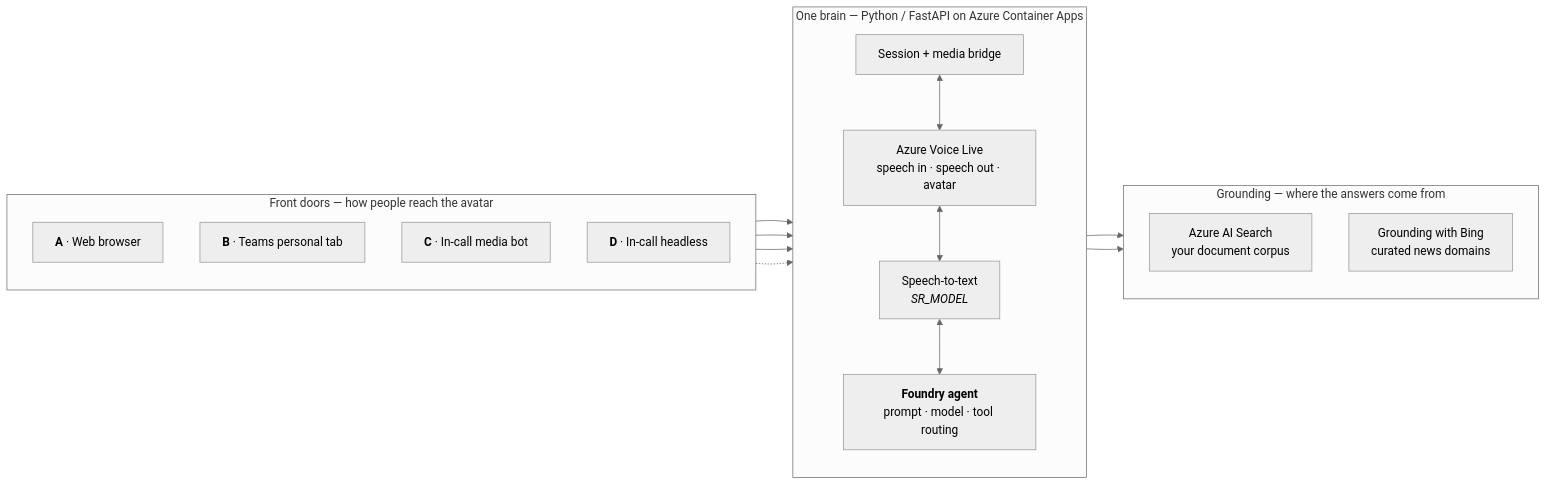
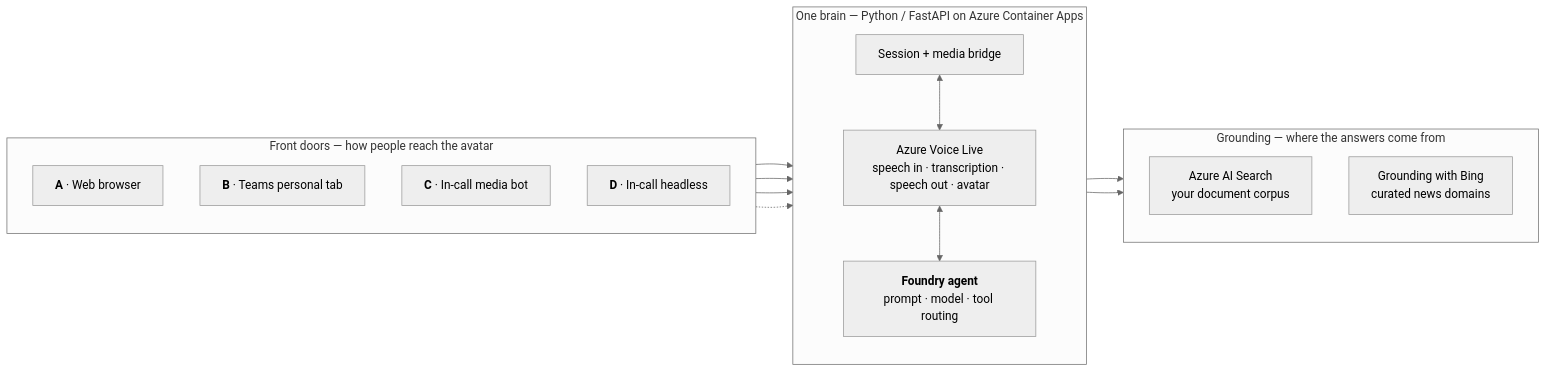
Before and after one commit to SridharArrabelly/avatar-forge: the first of 2 diagrams in README.md, drawn with Mermaid (neutral theme). The commit also changed other lines of this file and 2 other files, not shown here.

First line of the commit message:
Stop drawing speech-to-text as its own box

````diff
--- a/README.md
+++ b/README.md
@@ -32,34 +33,32 @@
 ```mermaid
 flowchart LR
     subgraph Doors["Front doors — how people reach the avatar"]
         direction TB
         A["<b>A</b> · Web browser"]
         B["<b>B</b> · Teams personal tab"]
         C["<b>C</b> · In-call media bot"]
         D["<b>D</b> · In-call headless"]
     end
 
     subgraph Brain["One brain — Python / FastAPI on Azure Container Apps"]
         direction TB
         API["Session + media bridge"]
-        VL["Azure Voice Live<br/>speech in · speech out · avatar"]
-        STT["Speech-to-text<br/><i>SR_MODEL</i>"]
+        VL["Azure Voice Live<br/>speech in · transcription · speech out · avatar"]
         AG["<b>Foundry agent</b><br/>prompt · model · tool routing"]
         API <--> VL
-        VL <--> STT
-        STT <--> AG
+        VL <--> AG
     end
 
     subgraph Ground["Grounding — where the answers come from"]
         direction TB
         S["Azure AI Search<br/>your document corpus"]
         N["Grounding with Bing<br/>curated news domains"]
     end
 
     A --> API
     B --> API
     C --> API
     D -.-> API
     AG --> S
     AG --> N
 ```
````
